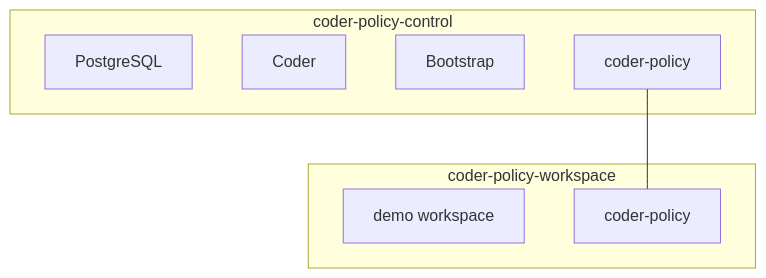
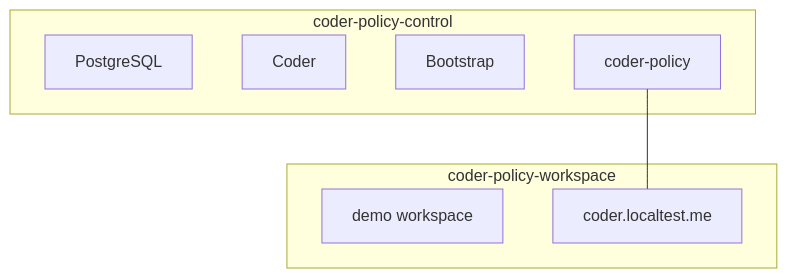
One commit to thomas-illiet/coder-rbac changed the third of 3 diagrams in docs/architecture.md. Above: the diagram before and after it, drawn with Mermaid. The commit also changed other lines of this file and 29 other files, not shown here.

First line of the commit message:
refactor!: require public proxy access

````diff
--- a/docs/architecture.md
+++ b/docs/architecture.md
@@ -190,14 +190,14 @@
 ```mermaid
 flowchart TB
     subgraph Control["coder-policy-control"]
         PostgreSQL
         Coder
         Bootstrap
         ProxyControl["coder-policy"]
     end
     subgraph WorkspaceNet["coder-policy-workspace"]
         WorkspaceDemo["demo workspace"]
-        ProxyWorkspace["coder-policy"]
+        ProxyPublic["coder.localtest.me"]
     end
-    ProxyControl --- ProxyWorkspace
+    ProxyControl --- ProxyPublic
 ```
````
